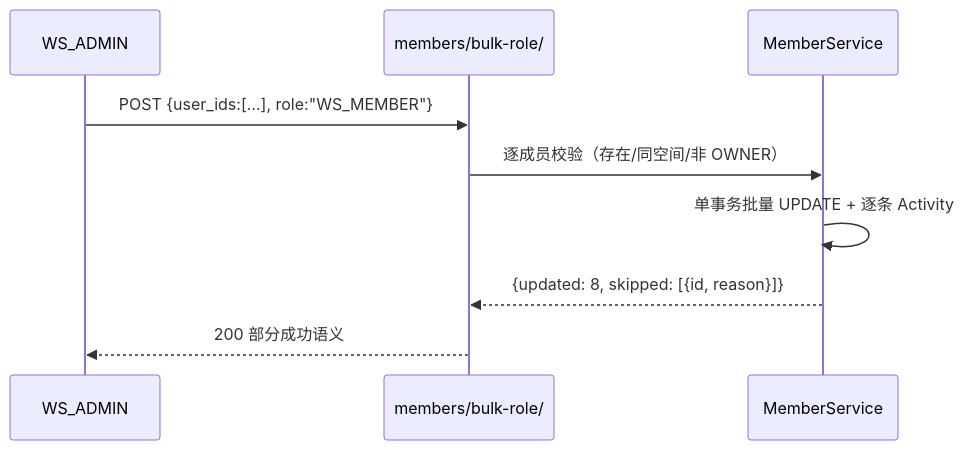
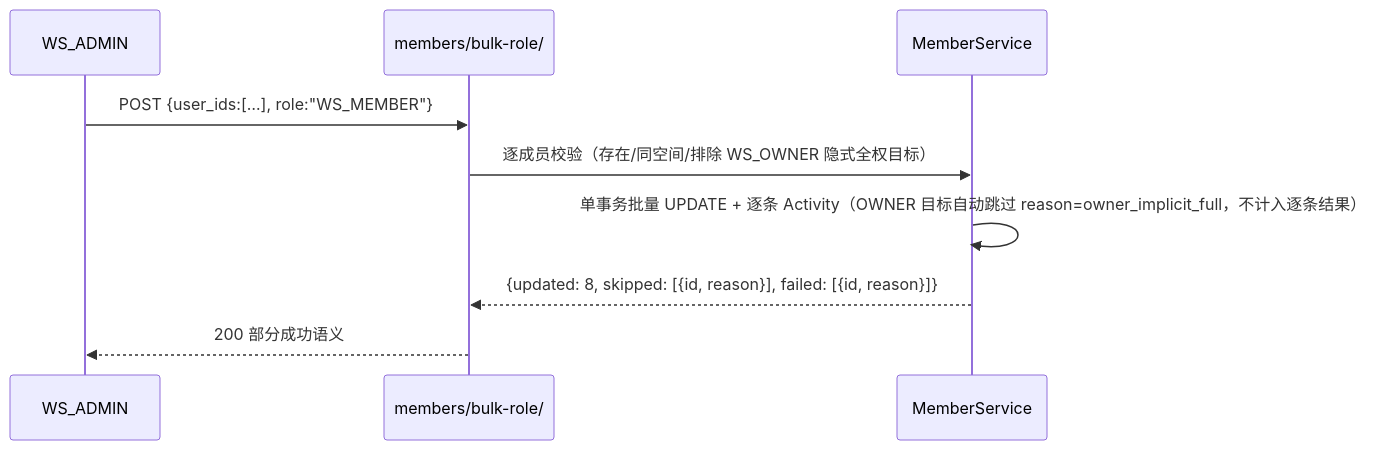
One commit to RabbitAI-Lab/RabbitProjects changed the second of 3 diagrams in docs/sprint-5-integration-standard/AUTH-006-row-level-security.md. Above: the diagram before and after it, drawn with Mermaid. The commit also changed other lines of this file and 7 other files, not shown here.

````diff
--- a/docs/sprint-5-integration-standard/AUTH-006-row-level-security.md
+++ b/docs/sprint-5-integration-standard/AUTH-006-row-level-security.md
@@ -127,11 +130,11 @@
 ```mermaid
 sequenceDiagram
     participant A as WS_ADMIN
     participant API as members/bulk-role/
     participant S as MemberService
     A->>API: POST {user_ids:[…], role:"WS_MEMBER"}
-    API->>S: 逐成员校验（存在/同空间/非 OWNER）
-    S->>S: 单事务批量 UPDATE + 逐条 Activity
-    S-->>API: {updated: 8, skipped: [{id, reason}]}
+    API->>S: 逐成员校验（存在/同空间/排除 WS_OWNER 隐式全权目标）
+    S->>S: 单事务批量 UPDATE + 逐条 Activity（OWNER 目标自动跳过 reason=owner_implicit_full，不计入逐条结果）
+    S-->>API: {updated: 8, skipped: [{id, reason}], failed: [{id, reason}]}
     API-->>A: 200 部分成功语义
 ```
````
